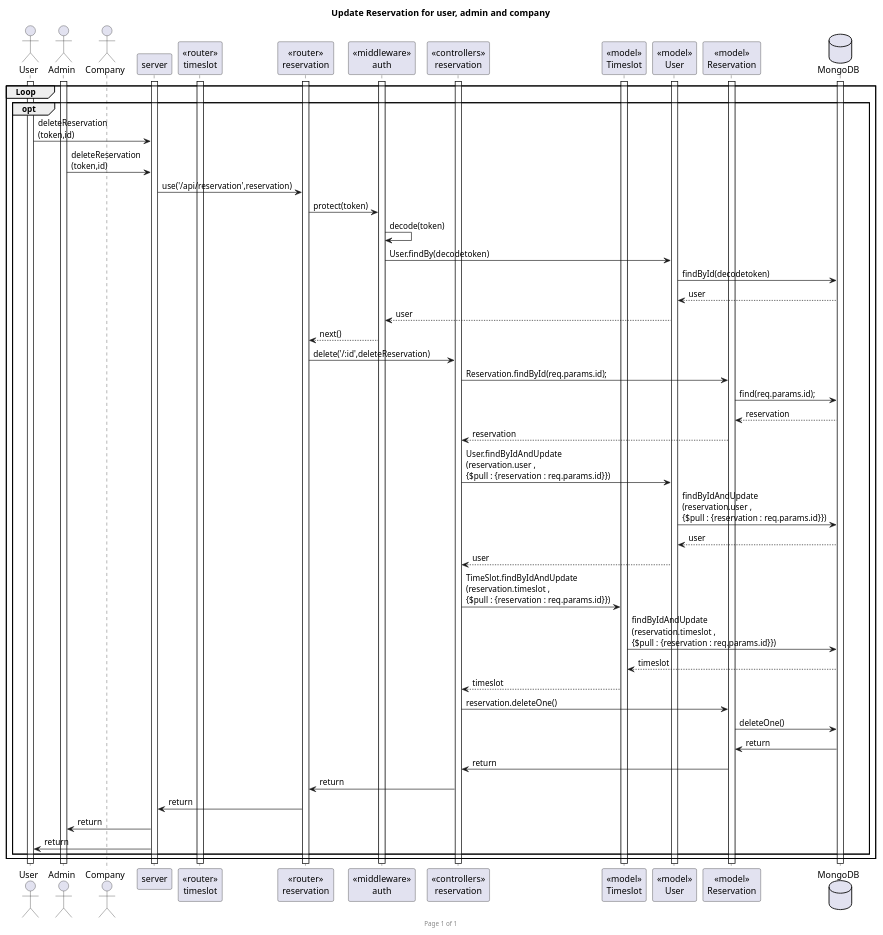
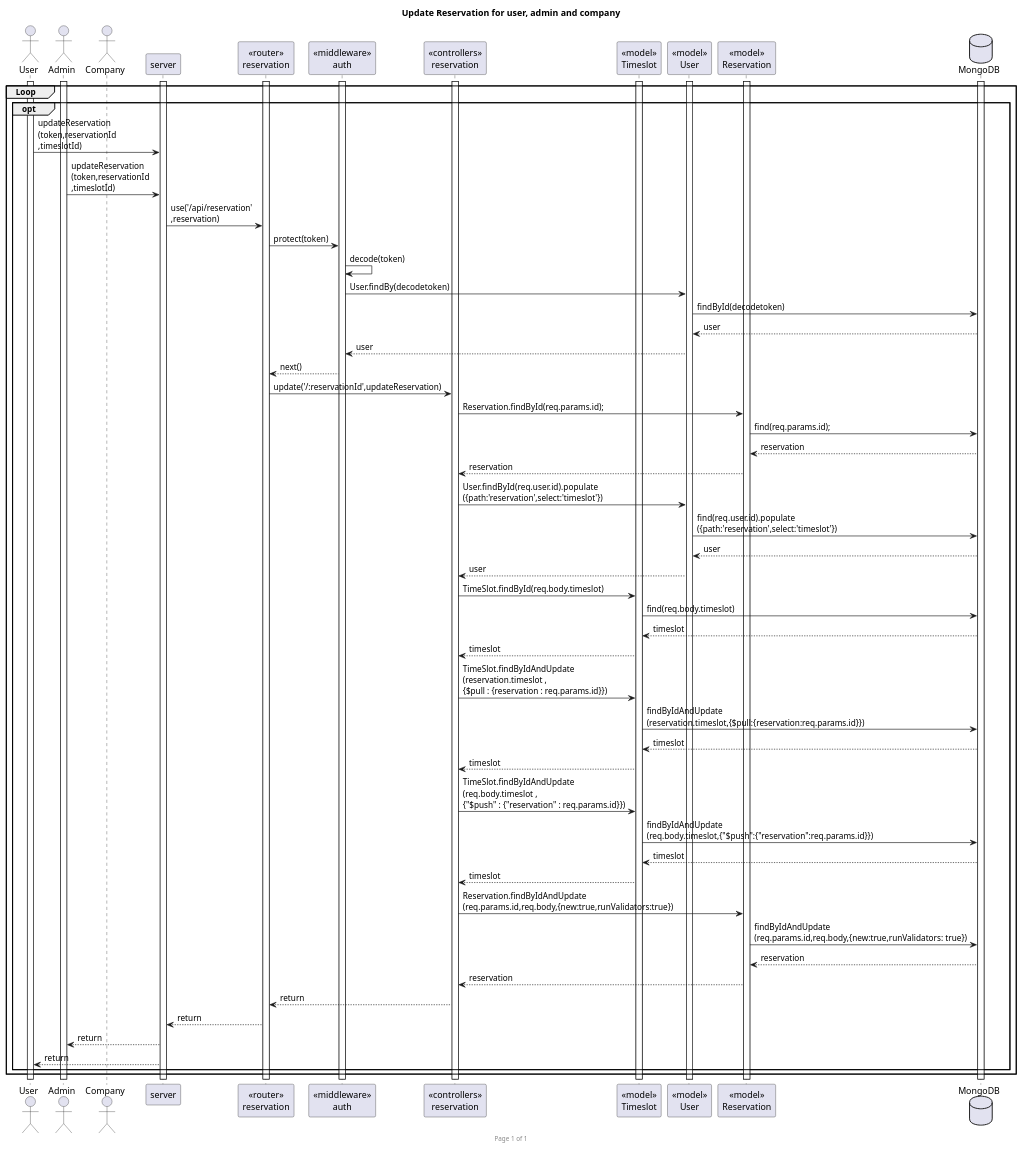
Before and after one commit to NAT-SIRIRUANGBUN/backend: the diagram in sequencediagram/updateReservation.puml, drawn with PlantUML.

Commit message:
Add update reserv sq diagram

```diff
--- a/sequencediagram/updateReservation.puml
+++ b/sequencediagram/updateReservation.puml
@@ -1,77 +1,87 @@
-@startuml
+@startuml updateReservation
 
 footer Page %page% of %lastpage%
 title "Update Reservation for user, admin and company"
 
 actor "User" as user
 actor "Admin" as admin
 actor "Company" as company
 participant "server" as server
-participant "<<router>>\ntimeslot" as routerTime
 participant "<<router>>\nreservation" as routerReserv
 participant "<<middleware>>\nauth" as middleAuth
 participant "<<controllers>>\nreservation" as controllersReserv
 participant "<<model>>\nTimeslot" as modelTimeslot
 participant "<<model>>\nUser" as modelUser
 participant "<<model>>\nReservation" as modelReserv
 database "MongoDB" as mongoDB
 
 group Loop
     'get reservations for user
     group opt 
         activate user
         activate server
-        activate routerTime
         activate routerReserv
         activate middleAuth
         activate controllersReserv
         activate modelUser
         activate modelReserv
         activate mongoDB
         activate admin
         activate modelTimeslot
 
-        user->server :deleteReservation\n(token,id)
-        admin -> server :deleteReservation\n(token,id)
-        server->routerReserv :use('/api/reservation',reservation)
+        user->server :updateReservation\n(token,reservationId\n,timeslotId)
+        admin -> server :updateReservation\n(token,reservationId\n,timeslotId)
+        server->routerReserv :use('/api/reservation'\n,reservation)
         routerReserv -> middleAuth : protect(token)
         middleAuth -> middleAuth : decode(token)
         middleAuth -> modelUser : User.findBy(decodetoken)
         modelUser -> mongoDB : findById(decodetoken)
 
         modelUser <-- mongoDB : user
         middleAuth <-- modelUser : user
         routerReserv <-- middleAuth : next()
 
-        routerReserv -> controllersReserv : delete('/:id',deleteReservation)
+        routerReserv -> controllersReserv : update('/:reservationId',updateReservation)
         controllersReserv -> modelReserv :  Reservation.findById(req.params.id);
         modelReserv -> mongoDB :  find(req.params.id);
 
         modelReserv <-- mongoDB : reservation
         controllersReserv <-- modelReserv : reservation
 
-        controllersReserv -> modelUser : User.findByIdAndUpdate\n(reservation.user , \n{$pull : {reservation : req.params.id}})
-        modelUser -> mongoDB : findByIdAndUpdate\n(reservation.user , \n{$pull : {reservation : req.params.id}})
+        controllersReserv -> modelUser : User.findById(req.user.id).populate\n({path:'reservation',select:'timeslot'})
+        modelUser -> mongoDB : find(req.user.id).populate\n({path:'reservation',select:'timeslot'})
         
         modelUser <-- mongoDB : user
         controllersReserv <-- modelUser : user
 
-        controllersReserv -> modelTimeslot : TimeSlot.findByIdAndUpdate\n(reservation.timeslot , \n{$pull : {reservation : req.params.id}})
-        modelTimeslot -> mongoDB : findByIdAndUpdate\n(reservation.timeslot , \n{$pull : {reservation : req.params.id}})
+        controllersReserv -> modelTimeslot : TimeSlot.findById(req.body.timeslot)
+        modelTimeslot -> mongoDB : find(req.body.timeslot)
 
         modelTimeslot <-- mongoDB : timeslot
         controllersReserv <-- modelTimeslot : timeslot
 
-        controllersReserv -> modelReserv : reservation.deleteOne()
-        modelReserv -> mongoDB : deleteOne()
+        controllersReserv -> modelTimeslot : TimeSlot.findByIdAndUpdate\n(reservation.timeslot , \n{$pull : {reservation : req.params.id}})
+        modelTimeslot -> mongoDB : findByIdAndUpdate\n(reservation.timeslot,{$pull:{reservation:req.params.id}})
         
-        modelReserv <- mongoDB :return
-        controllersReserv <- modelReserv : return
-        routerReserv <- controllersReserv : return
-        server <- routerReserv : return
-        admin <- server : return
-        user <- server : return
+        modelTimeslot <-- mongoDB : timeslot
+        controllersReserv <-- modelTimeslot : timeslot
+
+        controllersReserv -> modelTimeslot : TimeSlot.findByIdAndUpdate\n(req.body.timeslot , \n{"$push" : {"reservation" : req.params.id}})
+        modelTimeslot -> mongoDB : findByIdAndUpdate\n(req.body.timeslot,{"$push":{"reservation":req.params.id}})
+
+        modelTimeslot <-- mongoDB : timeslot
+        controllersReserv <-- modelTimeslot : timeslot
+
+        controllersReserv -> modelReserv : Reservation.findByIdAndUpdate\n(req.params.id,req.body,{new:true,runValidators:true})
+        modelReserv -> mongoDB : findByIdAndUpdate\n(req.params.id,req.body,{new:true,runValidators: true})
+
+        modelReserv <-- mongoDB : reservation
+        controllersReserv <-- modelReserv : reservation
+        routerReserv <-- controllersReserv : return
+        server <-- routerReserv : return
+        admin <-- server : return
+        user <-- server : return
     end
 end
 
 @enduml
```
